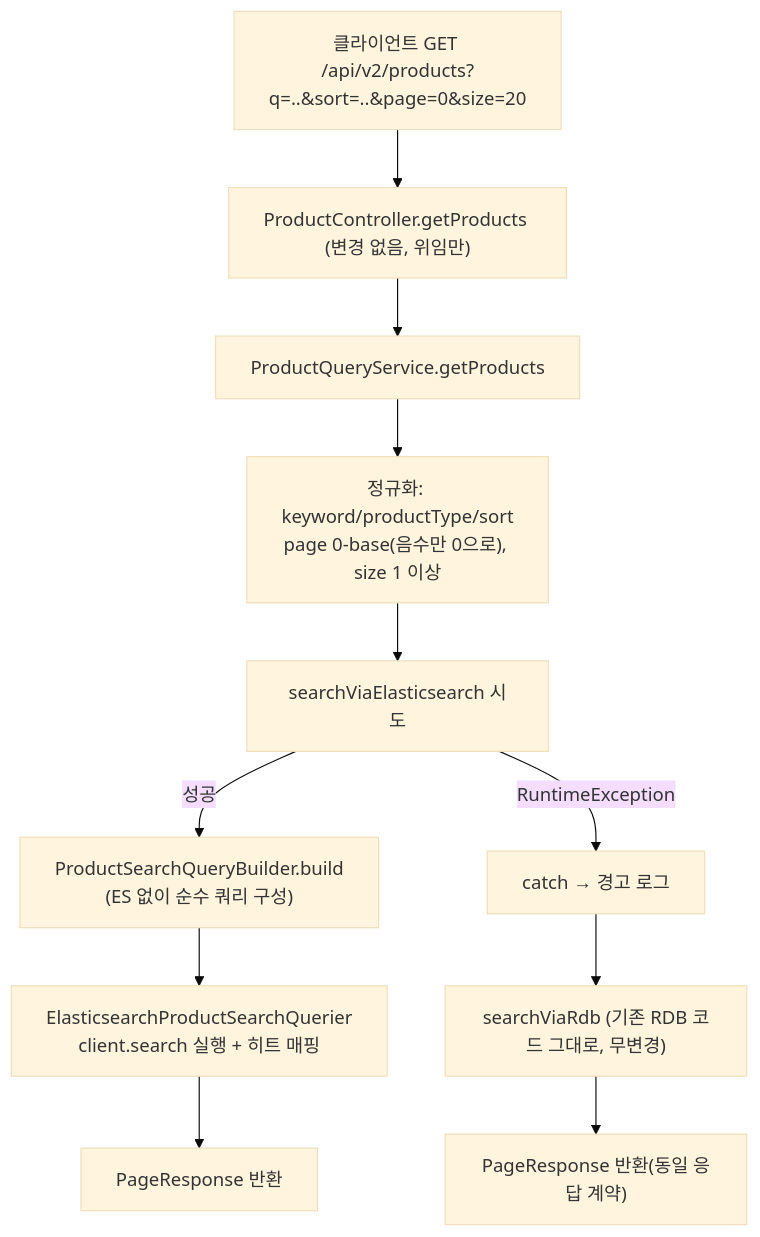
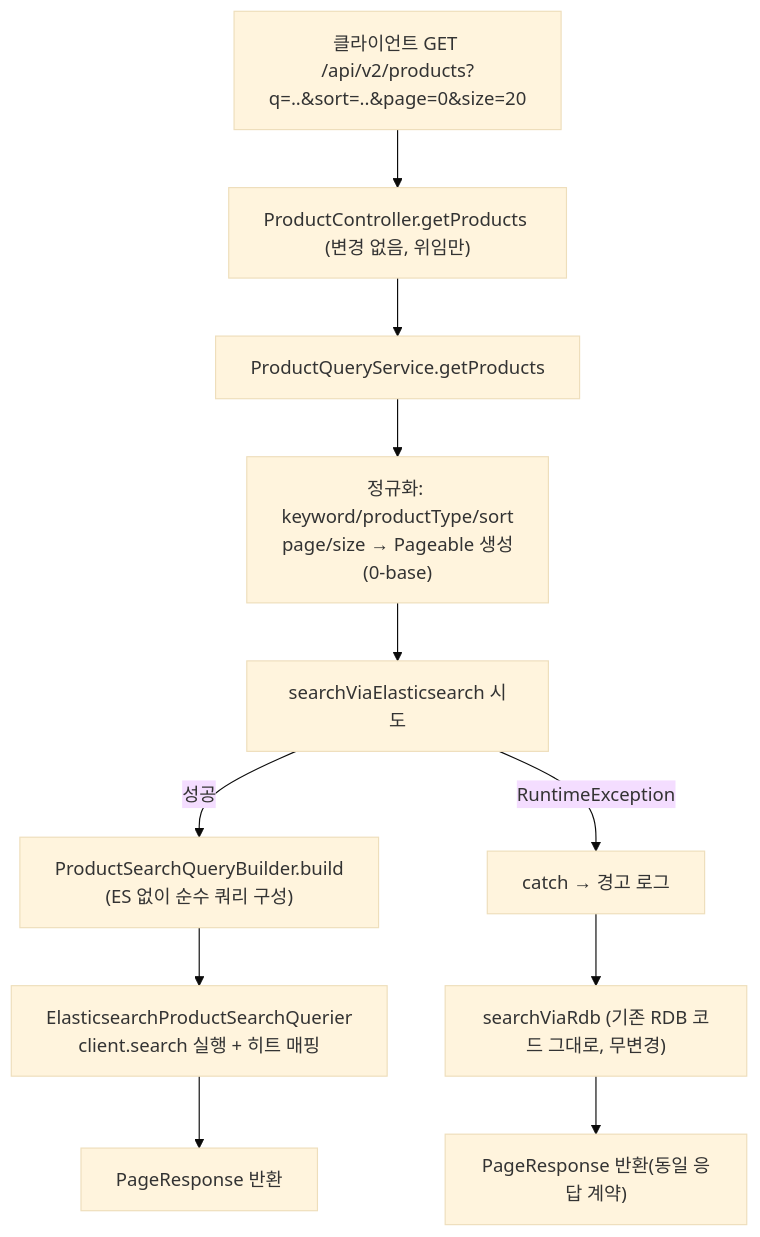
The diagram in content/prompthub/decisions/product-service/product-list-search-elasticsearch-migration.mdx (jhkimm96/jihee-portfolio), drawn with Mermaid (base theme) before and after one commit. The commit also changed other lines of this file, not shown here.

Commit message:
decisions: ES 검색 전환 결정 문서에 Pageable 리팩터·구매 salesCount 유실 수정 반영

````diff
--- a/content/prompthub/decisions/product-service/product-list-search-elasticsearch-migration.mdx
+++ b/content/prompthub/decisions/product-service/product-list-search-elasticsearch-migration.mdx
@@ -85,14 +124,14 @@
 ```mermaid
 flowchart TD
     Client["클라이언트 GET /api/v2/products?q=..&sort=..&page=0&size=20"]
     Client --> Controller["ProductController.getProducts (변경 없음, 위임만)"]
     Controller --> Service["ProductQueryService.getProducts"]
-    Service --> Normalize["정규화: keyword/productType/sort<br/>page 0-base(음수만 0으로), size 1 이상"]
+    Service --> Normalize["정규화: keyword/productType/sort<br/>page/size → Pageable 생성(0-base)"]
     Normalize --> TryES["searchViaElasticsearch 시도"]
     TryES -->|성공| Builder["ProductSearchQueryBuilder.build<br/>(ES 없이 순수 쿼리 구성)"]
     Builder --> Query["ElasticsearchProductSearchQuerier<br/>client.search 실행 + 히트 매핑"]
     Query --> Response1["PageResponse 반환"]
     TryES -->|RuntimeException| Catch["catch → 경고 로그"]
     Catch --> RDB["searchViaRdb (기존 RDB 코드 그대로, 무변경)"]
     RDB --> Response2["PageResponse 반환(동일 응답 계약)"]
 ```
````
